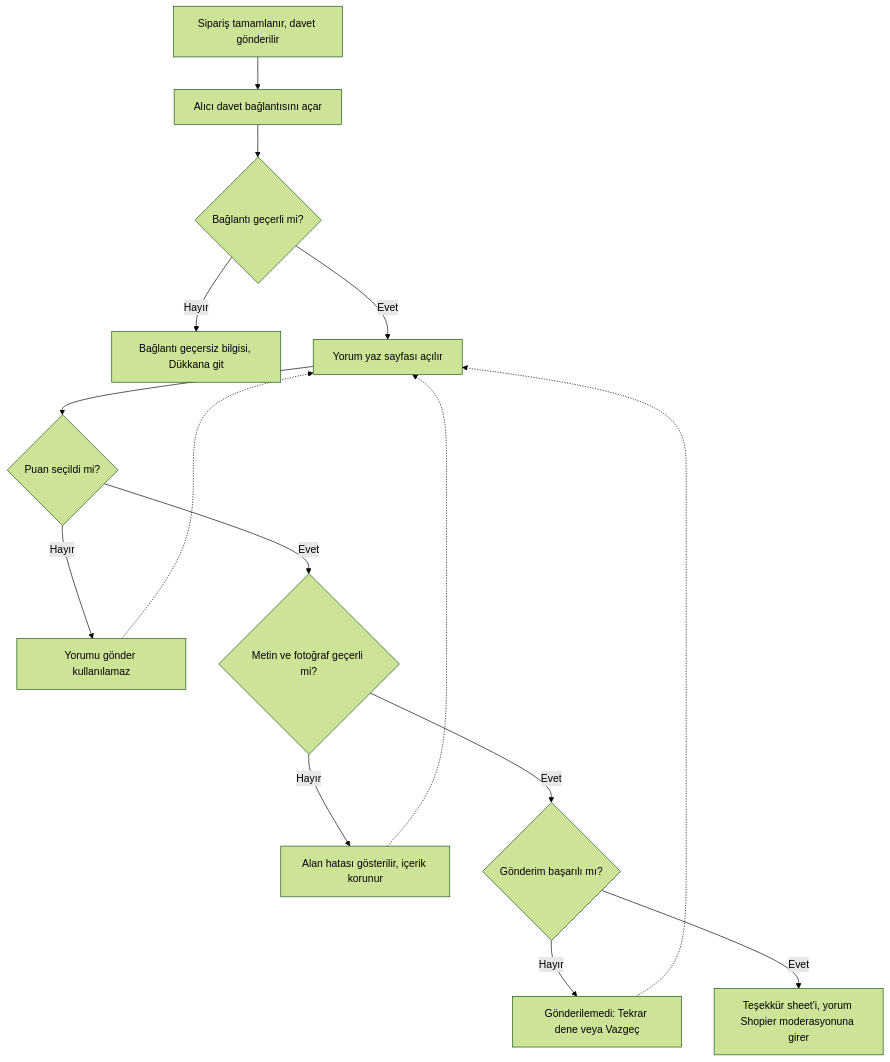
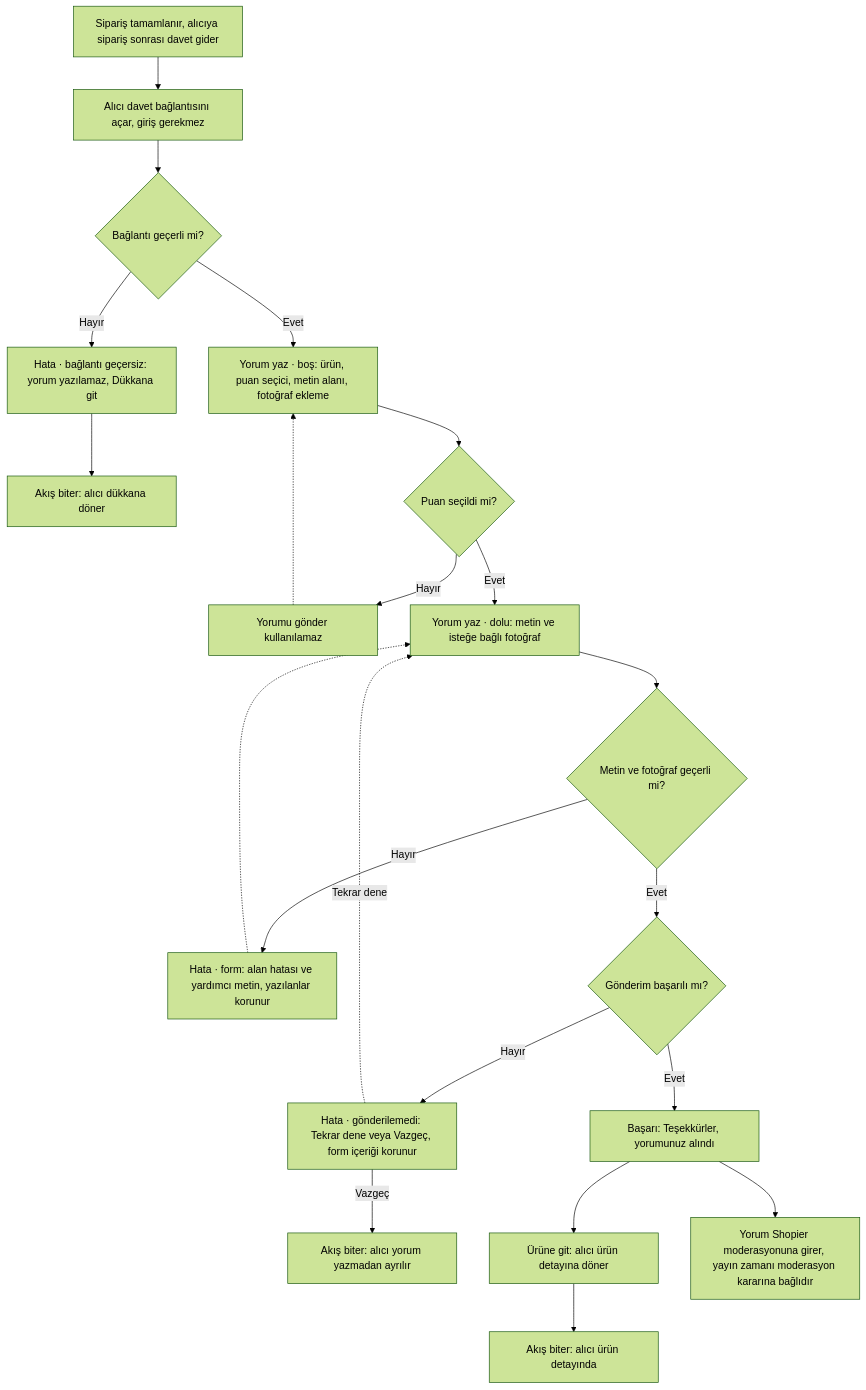
One commit to shopiercom-product-team/shopierproductdevelopmentagent changed the first of 4 diagrams in ozellikler/urun-yorumlari/prd-urun-yorumlari.md. Above: the diagram before and after it, drawn with Mermaid (forest theme). The commit also changed other lines of this file and 2 other files, not shown here.

Commit message:
Akış turu: urun-yorumlari PRD v0.2 (2 revize uygulandı), PM'e sunuldu

````diff
--- a/ozellikler/urun-yorumlari/prd-urun-yorumlari.md
+++ b/ozellikler/urun-yorumlari/prd-urun-yorumlari.md
@@ -160,17 +178,23 @@
 ```mermaid
 flowchart TD
-  A["Sipariş tamamlanır, davet gönderilir"] --> B["Alıcı davet bağlantısını açar"]
+  A["Sipariş tamamlanır, alıcıya sipariş sonrası davet gider"] --> B["Alıcı davet bağlantısını açar, giriş gerekmez"]
   B --> C{"Bağlantı geçerli mi?"}
-  C -- Hayır --> X["Bağlantı geçersiz bilgisi, Dükkana git"]
-  C -- Evet --> D["Yorum yaz sayfası açılır"]
+  C -- Hayır --> X["Hata · bağlantı geçersiz: yorum yazılamaz, Dükkana git"]
+  X --> XE["Akış biter: alıcı dükkana döner"]
+  C -- Evet --> D["Yorum yaz · boş: ürün, puan seçici, metin alanı, fotoğraf ekleme"]
   D --> E{"Puan seçildi mi?"}
   E -- Hayır --> F["Yorumu gönder kullanılamaz"]
   F -.-> D
-  E -- Evet --> G{"Metin ve fotoğraf geçerli mi?"}
-  G -- Hayır --> H["Alan hatası gösterilir, içerik korunur"]
-  H -.-> D
-  G -- Evet --> I{"Gönderim başarılı mı?"}
-  I -- Hayır --> J["Gönderilemedi: Tekrar dene veya Vazgeç"]
-  J -.-> D
-  I -- Evet --> K["Teşekkür sheet'i, yorum Shopier moderasyonuna girer"]
+  E -- Evet --> G["Yorum yaz · dolu: metin ve isteğe bağlı fotoğraf"]
+  G --> H{"Metin ve fotoğraf geçerli mi?"}
+  H -- Hayır --> I["Hata · form: alan hatası ve yardımcı metin, yazılanlar korunur"]
+  I -.-> G
+  H -- Evet --> J{"Gönderim başarılı mı?"}
+  J -- Hayır --> K["Hata · gönderilemedi: Tekrar dene veya Vazgeç, form içeriği korunur"]
+  K -. Tekrar dene .-> G
+  K -- Vazgeç --> V["Akış biter: alıcı yorum yazmadan ayrılır"]
+  J -- Evet --> L["Başarı: Teşekkürler, yorumunuz alındı"]
+  L --> M["Ürüne git: alıcı ürün detayına döner"]
+  L --> N["Yorum Shopier moderasyonuna girer, yayın zamanı moderasyon kararına bağlıdır"]
+  M --> ME["Akış biter: alıcı ürün detayında"]
 ```
````
